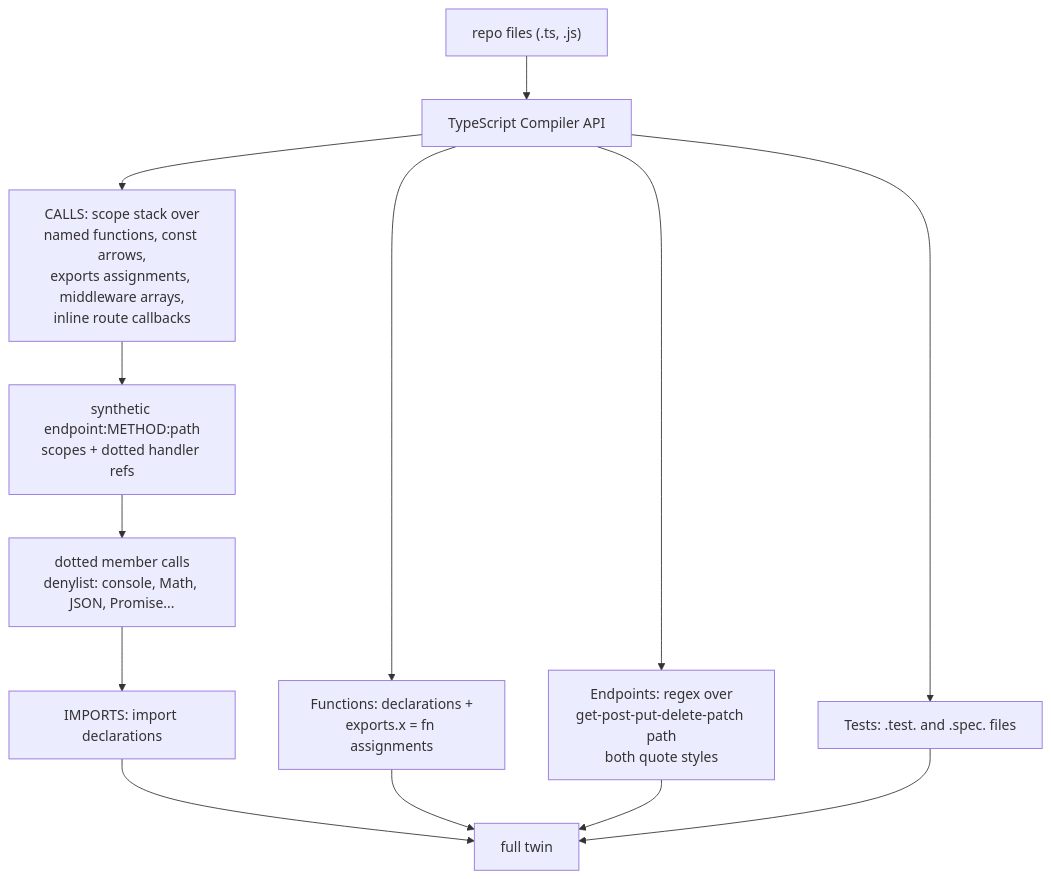
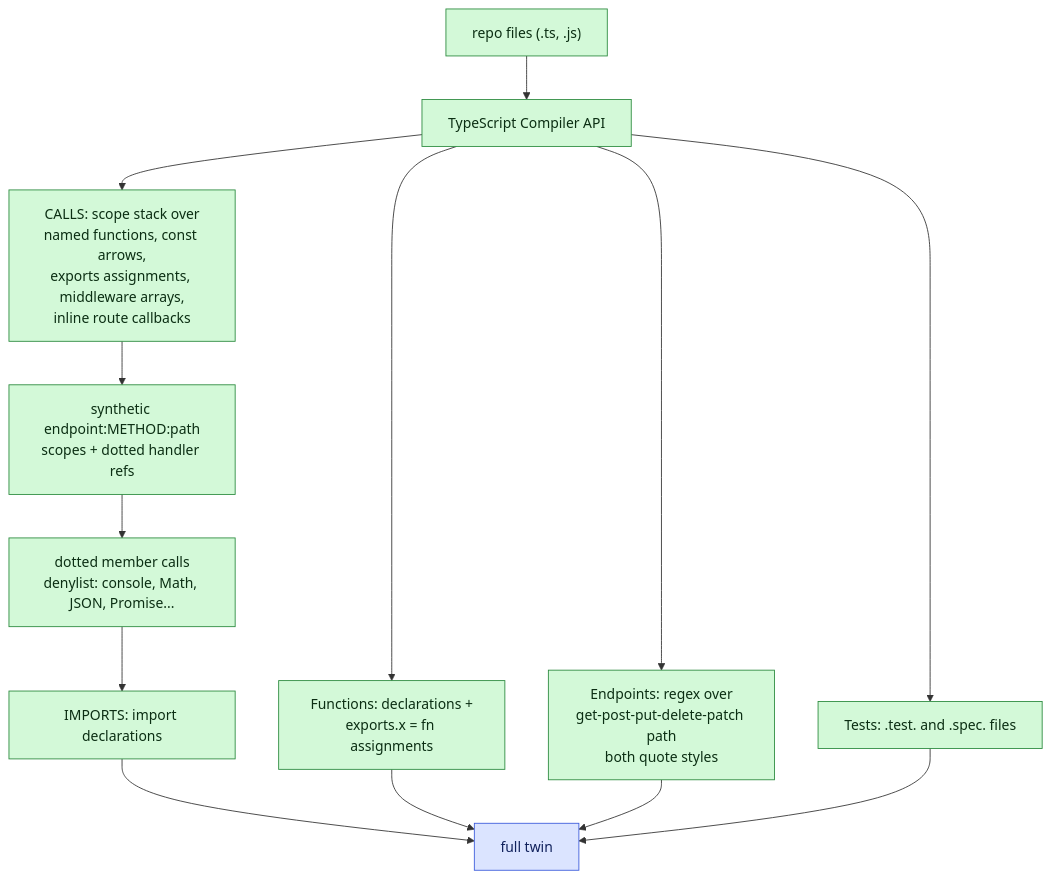
One commit to kaiser1x/hubris changed the sixth of 17 diagrams in docs/ARCHITECTURE.md. Above: the diagram before and after it, drawn with Mermaid. The commit also changed other lines of this file and 1 other file, not shown here.

First line of the commit message:
docs: fix erDiagram reserved word and color-code architecture maps

````diff
--- a/docs/ARCHITECTURE.md
+++ b/docs/ARCHITECTURE.md
@@ -153,26 +172,31 @@
 ```mermaid
 flowchart TD
     Files["repo files (.ts, .js)"]
     TS["TypeScript Compiler API"]
     Fn["Functions: declarations +<br/>exports.x = fn assignments"]
     Ep["Endpoints: regex over<br/>get-post-put-delete-patch path<br/>both quote styles"]
     Tests["Tests: .test. and .spec. files"]
     Calls["CALLS: scope stack over<br/>named functions, const arrows,<br/>exports assignments, middleware arrays,<br/>inline route callbacks"]
     EScope["synthetic endpoint:METHOD:path<br/>scopes + dotted handler refs"]
     Member["dotted member calls<br/>denylist: console, Math, JSON, Promise..."]
     Imports["IMPORTS: import declarations"]
     Twin["full twin"]
 
     Files --> TS
     TS --> Fn
     TS --> Ep
     TS --> Tests
     TS --> Calls
     Calls --> EScope
     EScope --> Member
     Member --> Imports
     Imports --> Twin
     Fn --> Twin
     Ep --> Twin
     Tests --> Twin
+
+    classDef live fill:#d3f9d8,stroke:#2b8a3e,color:#0b2e13
+    classDef store fill:#dbe4ff,stroke:#3b5bdb,color:#10215c
+    class Files,TS,Fn,Ep,Tests,Calls,EScope,Member,Imports live
+    class Twin store
 ```
````
